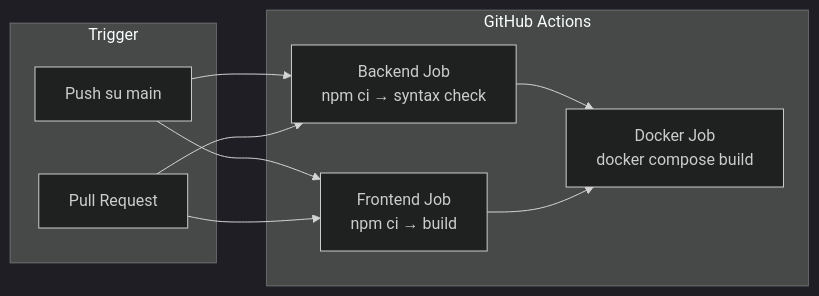
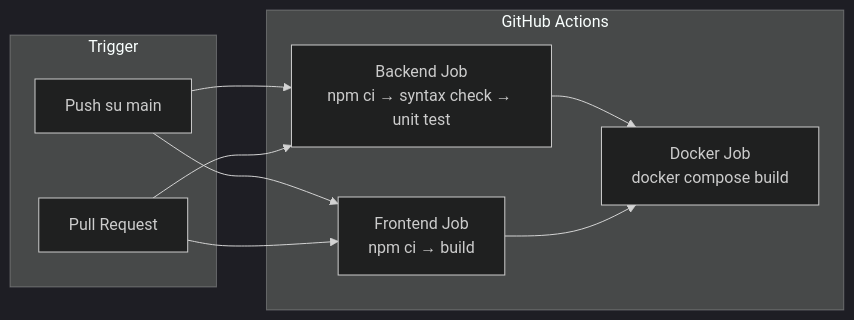
The sixth of 6 diagrams in docs/architecture.md (pat0003/FitQuestWeb), drawn with Mermaid (dark theme) before and after one commit. The commit also changed 1 other file, not shown here.

Commit message:
aggiornamento documentazione

````diff
--- a/docs/architecture.md
+++ b/docs/architecture.md
@@ -214,20 +214,20 @@
 ```mermaid
 flowchart LR
     subgraph Trigger["Trigger"]
         PUSH["Push su main"]
         PR["Pull Request"]
     end
 
     subgraph Jobs["GitHub Actions"]
-        BE_JOB["Backend Job<br/>npm ci → syntax check"]
+        BE_JOB["Backend Job<br/>npm ci → syntax check → unit test"]
         FE_JOB["Frontend Job<br/>npm ci → build"]
         DOCKER_JOB["Docker Job<br/>docker compose build"]
     end
 
     PUSH --> BE_JOB
     PUSH --> FE_JOB
     PR --> BE_JOB
     PR --> FE_JOB
     BE_JOB --> DOCKER_JOB
     FE_JOB --> DOCKER_JOB
 ```
````
